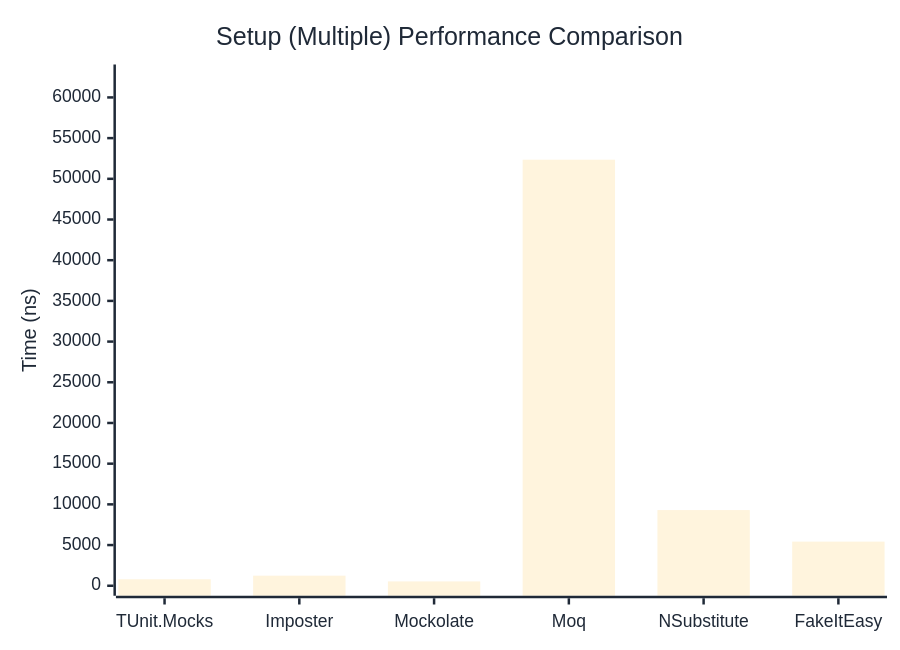
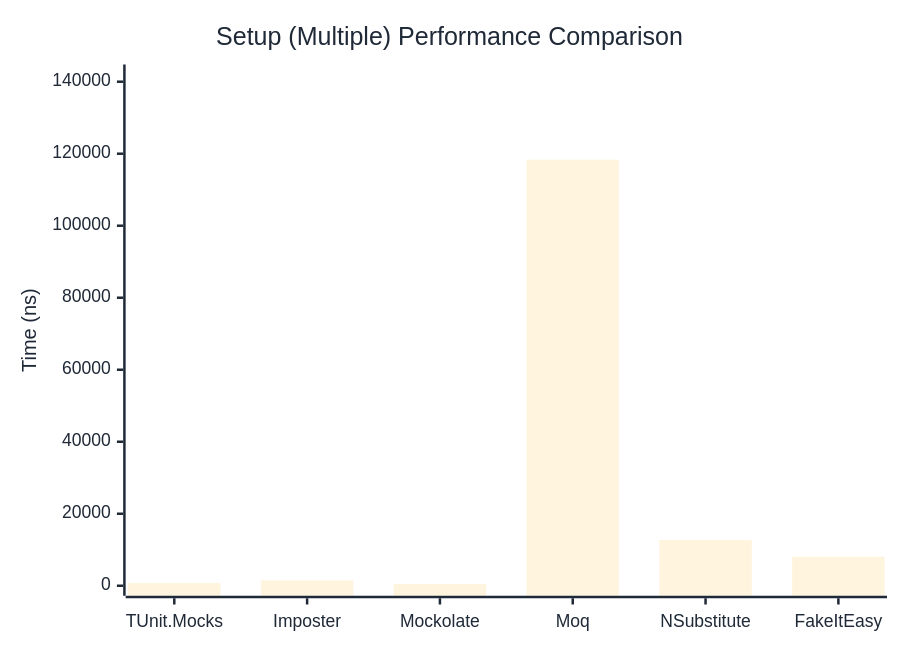
One commit to thomhurst/TUnit changed the second of 2 diagrams in docs/docs/benchmarks/mocks/Setup.md. Above: the diagram before and after it, drawn with Mermaid. The commit also changed other lines of this file and 14 other files, not shown here.

````diff
--- a/docs/docs/benchmarks/mocks/Setup.md
+++ b/docs/docs/benchmarks/mocks/Setup.md
@@ -71,27 +71,27 @@
 ```mermaid
 %%{init: {
   'theme':'base',
   'themeVariables': {
     'primaryColor': '#2563eb',
     'primaryTextColor': '#1f2937',
     'primaryBorderColor': '#1e40af',
     'lineColor': '#6b7280',
     'secondaryColor': '#7c3aed',
     'tertiaryColor': '#dc2626',
     'background': '#ffffff',
     'pie1': '#2563eb',
     'pie2': '#7c3aed',
     'pie3': '#dc2626',
     'pie4': '#f59e0b',
     'pie5': '#10b981',
     'pie6': '#06b6d4',
     'pie7': '#ec4899',
     'pie8': '#6366f1'
   }
 }}%%
 xychart-beta
   title "Setup (Multiple) Performance Comparison"
   x-axis ["TUnit.Mocks", "Imposter", "Mockolate", "Moq", "NSubstitute", "FakeItEasy"]
-  y-axis "Time (ns)" 0 --> 62817
-  bar [794.2, 1238.8, 532.8, 52347.2, 9298.8, 5422.6]
+  y-axis "Time (ns)" 0 --> 142003
+  bar [751.3, 1462.9, 526.4, 118335.6, 12698.8, 8060.7]
 ```
````
